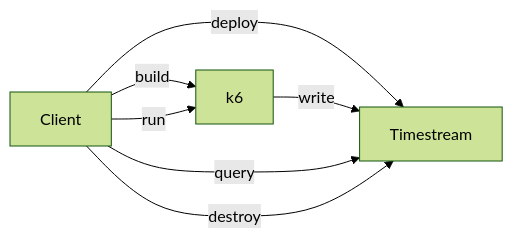
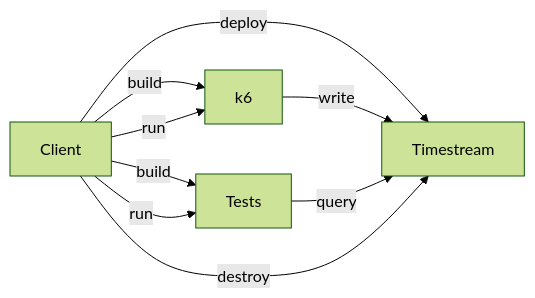
The diagram in README.md (leonyork/xk6-output-timestream), drawn with Mermaid (forest theme) before and after one commit. The commit also changed 11 other files, not shown here.

Commit message:
ci: run integration tests

````diff
--- a/README.md
+++ b/README.md
@@ -71,9 +71,11 @@
 ```mermaid
   graph LR;
     Client--deploy-->Timestream;
     Client--build-->k6;
     Client--run-->k6;
     k6--write-->Timestream;
-    Client--query-->Timestream;
+    Client--build-->Tests;
+    Client--run-->Tests;
+    Tests--query-->Timestream;
     Client--destroy-->Timestream;
 ```
````
